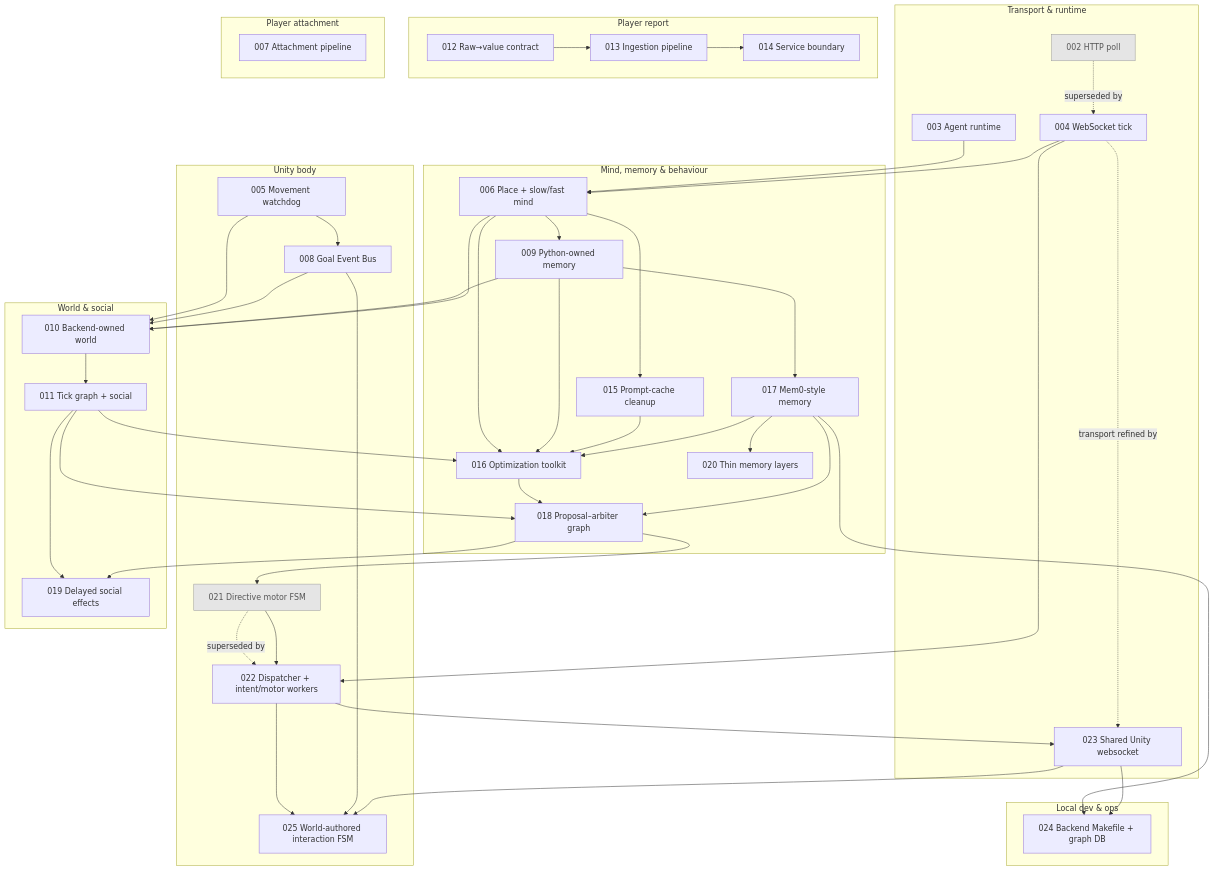
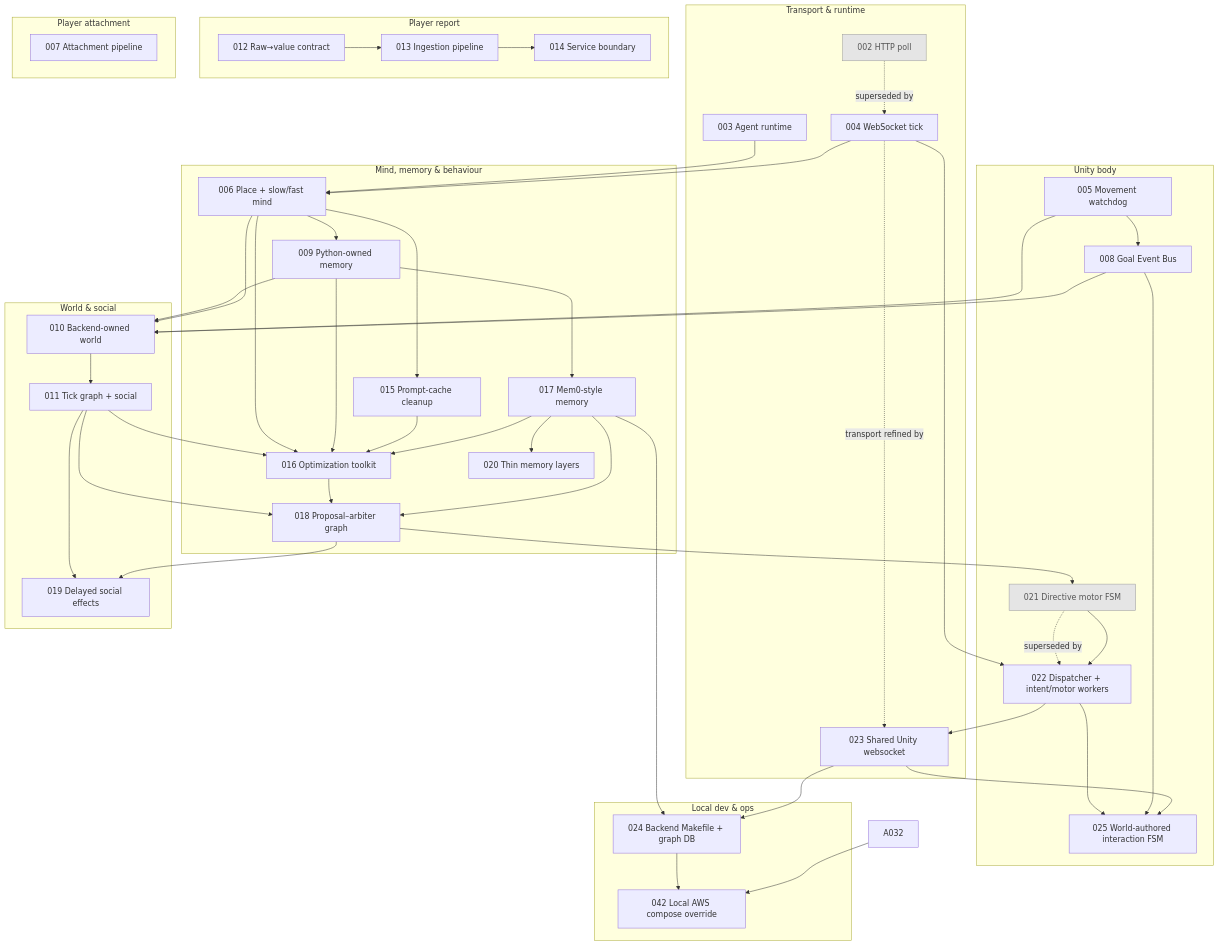
Before and after one commit to MewiLab/mewi: the diagram in docs/decisions/README.md, drawn with Mermaid. The commit also changed other lines of this file and 15 other files, not shown here.

```diff
--- a/docs/decisions/README.md
+++ b/docs/decisions/README.md
@@ -121,6 +136,7 @@
 
     subgraph DevOps["Local dev & ops"]
         A024[024 Backend Makefile + graph DB]
+        A042[042 Local AWS compose override]
     end
 
     A004 --> A006
@@ -136,6 +152,8 @@
     A021 --> A022
     A017 --> A024
     A023 --> A024
+    A024 --> A042
+    A032 --> A042
     A023 --> A025
 
     classDef sup fill:#E5E5E5,stroke:#999,color:#555
```
